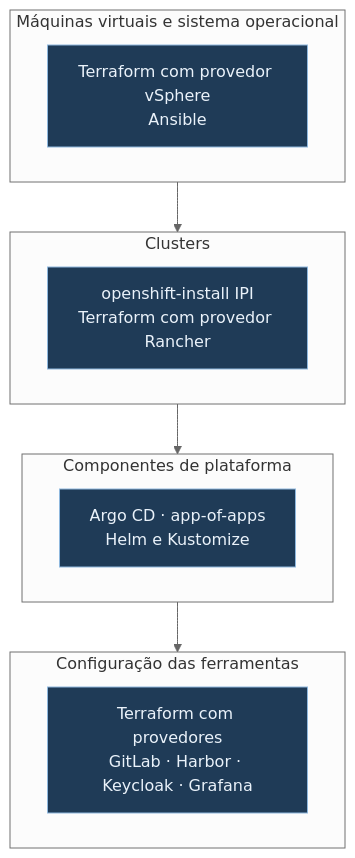
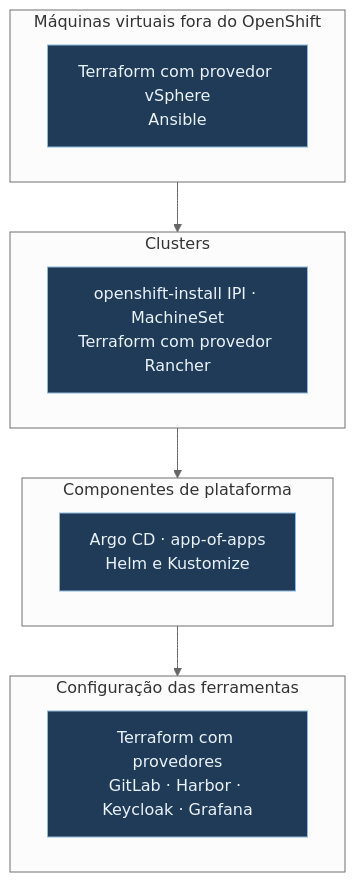
One commit to DiegoAmorimDev/plataforma-entrega-sefaz changed the first of 2 diagrams in docs/06-iac.md. Above: the diagram before and after it, drawn with Mermaid (neutral theme). The commit also changed other lines of this file and 10 other files, not shown here.

````diff
--- a/docs/06-iac.md
+++ b/docs/06-iac.md
@@ -14,20 +14,20 @@
 ```mermaid
 flowchart TB
     subgraph L4["Configuração das ferramentas"]
         T4["Terraform com provedores<br/>GitLab · Harbor · Keycloak · Grafana"]
     end
     subgraph L3["Componentes de plataforma"]
         T3["Argo CD · app-of-apps<br/>Helm e Kustomize"]
     end
     subgraph L2["Clusters"]
-        T2["openshift-install IPI<br/>Terraform com provedor Rancher"]
+        T2["openshift-install IPI · MachineSet<br/>Terraform com provedor Rancher"]
     end
-    subgraph L1["Máquinas virtuais e sistema operacional"]
+    subgraph L1["Máquinas virtuais fora do OpenShift"]
         T1["Terraform com provedor vSphere<br/>Ansible"]
     end
 
     L1 --> L2 --> L3 --> L4
 
     classDef c fill:#1f3b57,stroke:#8fb8de,color:#eaf2fa
     class T1,T2,T3,T4 c
 ```
````
